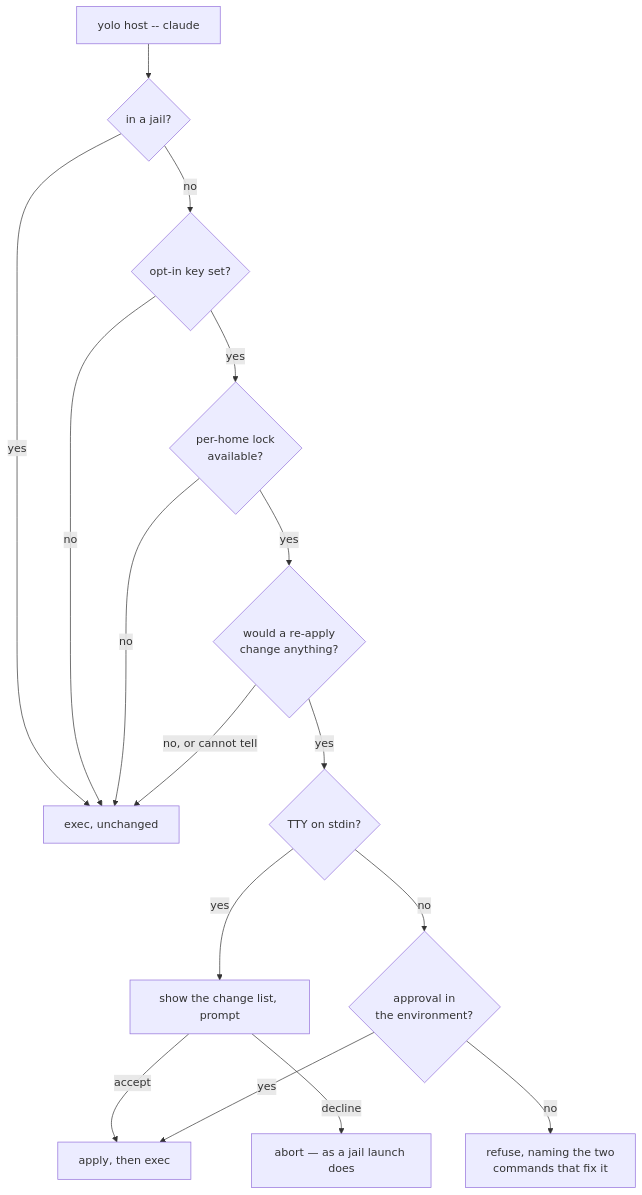
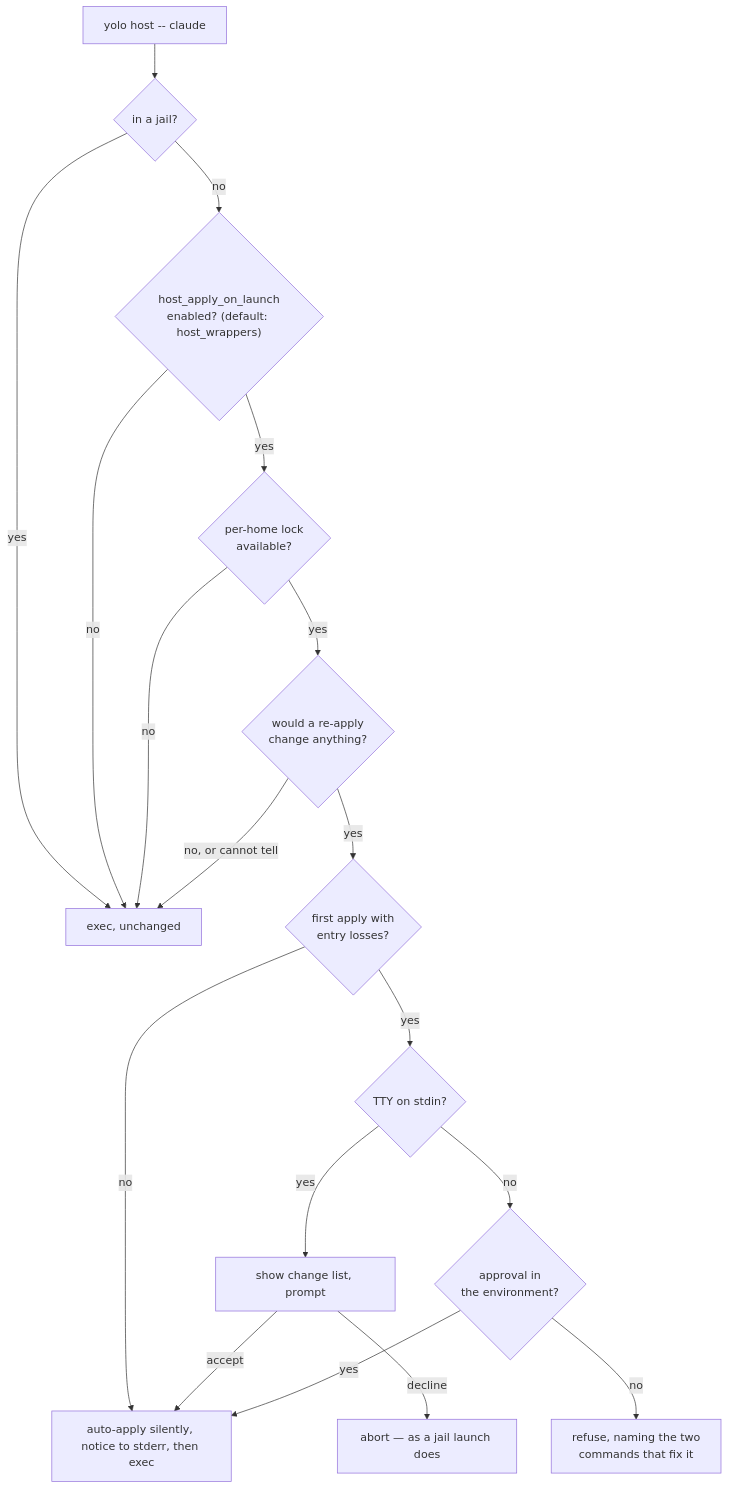
The diagram in docs/reference/host-apply-staleness.md (kurt-hs/yolo-jail), drawn with Mermaid before and after one commit. The commit also changed other lines of this file and 4 other files, not shown here.

Commit message:
docs(reference): graduate host wrapper auto-apply to evergreen host-apply-staleness.md

````diff
--- a/docs/reference/host-apply-staleness.md
+++ b/docs/reference/host-apply-staleness.md
@@ -223,18 +227,20 @@
 ```mermaid
 flowchart TD
     A["yolo host -- claude"] --> J{in a jail?}
     J -->|yes| X[exec, unchanged]
-    J -->|no| B{opt-in key set?}
+    J -->|no| B{"host_apply_on_launch<br/>enabled? (default: host_wrappers)"}
     B -->|no| X
     B -->|yes| L{per-home lock<br/>available?}
     L -->|no| X
     L -->|yes| C{would a re-apply<br/>change anything?}
     C -->|no, or cannot tell| X
-    C -->|yes| D{TTY on stdin?}
-    D -->|yes| E[show the change list, prompt]
+    C -->|yes| M{"first apply with<br/>entry losses?"}
+    M -->|no| S["auto-apply silently, notice to stderr, then exec"]
+    M -->|yes| D{TTY on stdin?}
+    D -->|yes| E[show change list, prompt]
     D -->|no| F{approval in<br/>the environment?}
-    E -->|accept| G[apply, then exec]
+    E -->|accept| S
     E -->|decline| H[abort — as a jail launch does]
-    F -->|yes| G
+    F -->|yes| S
     F -->|no| I["refuse, naming the two<br/>commands that fix it"]
 ```
````
